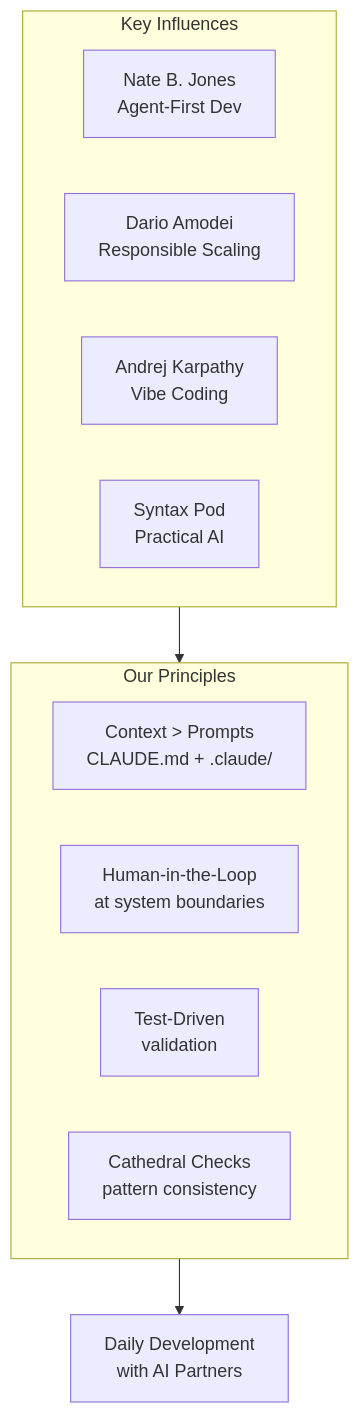
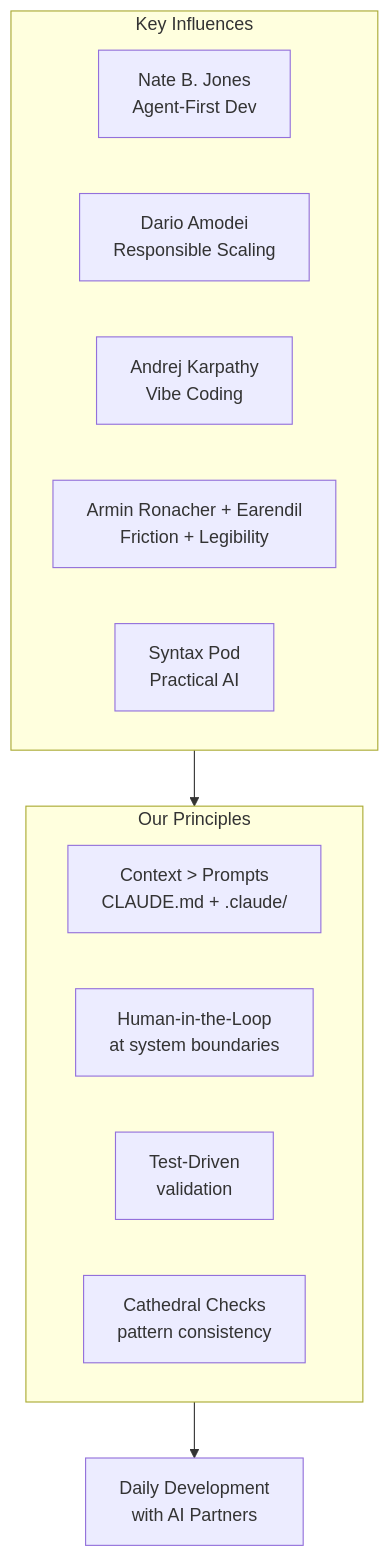
One commit to greenpill-dev-guild/green-goods changed the diagram in docs/docs/builders/agentic/core-philosophies.mdx. Above: the diagram before and after it, drawn with Mermaid. The commit also changed other lines of this file and 43 other files, not shown here.

````diff
--- a/docs/docs/builders/agentic/core-philosophies.mdx
+++ b/docs/docs/builders/agentic/core-philosophies.mdx
@@ -17,19 +17,20 @@
 ```mermaid
 graph TB
     subgraph Influences["Key Influences"]
         NJ["Nate B. Jones\nAgent-First Dev"]
         DA["Dario Amodei\nResponsible Scaling"]
         AK["Andrej Karpathy\nVibe Coding"]
+        AR["Armin Ronacher + Earendil\nFriction + Legibility"]
         SX["Syntax Pod\nPractical AI"]
     end
 
     subgraph Principles["Our Principles"]
         CE["Context > Prompts\nCLAUDE.md + .claude/"]
         HL["Human-in-the-Loop\nat system boundaries"]
         TDD["Test-Driven\nvalidation"]
         CC["Cathedral Checks\npattern consistency"]
     end
 
     Influences --> Principles
     Principles --> Practice["Daily Development\nwith AI Partners"]
 ```
````
